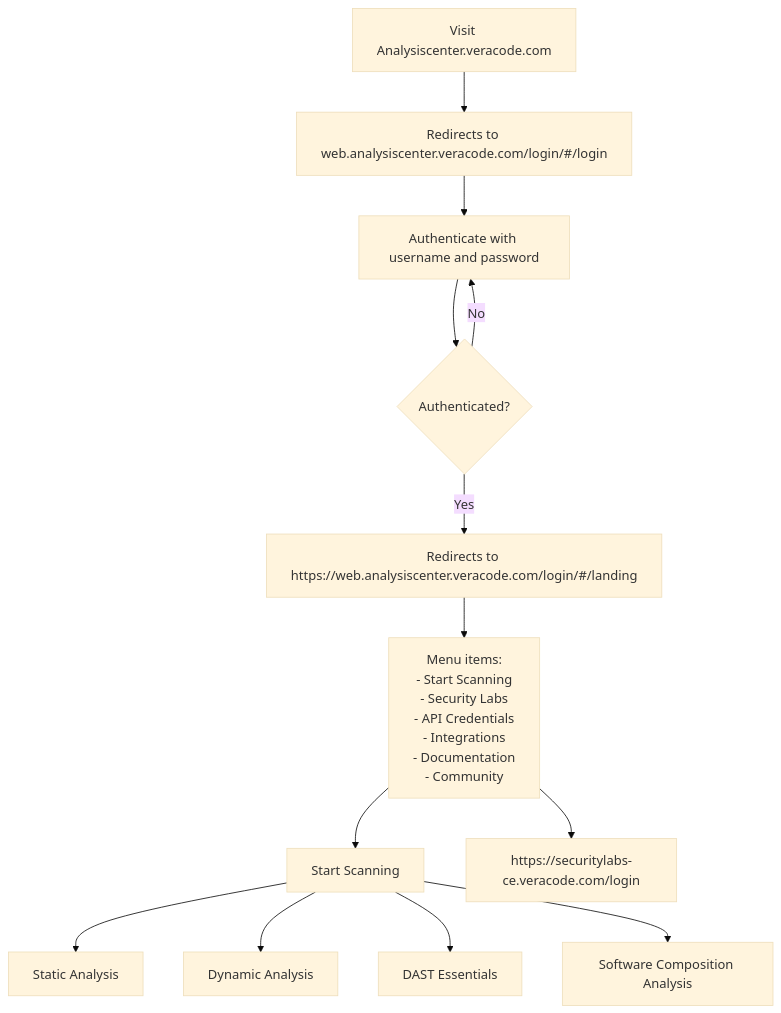
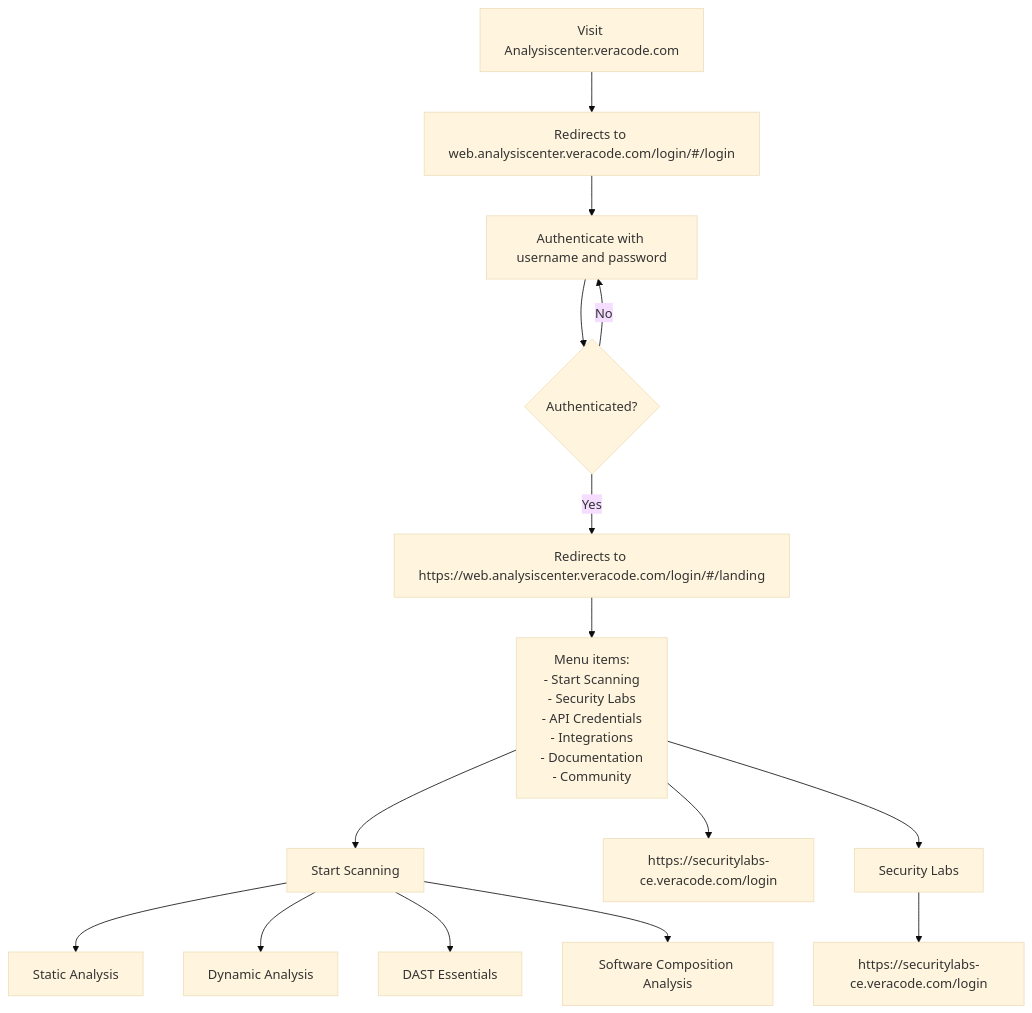
Before and after one commit to ramu318535/testforme: the diagram in README.md, drawn with Mermaid (base theme).

````diff
--- a/README.md
+++ b/README.md
@@ -1,15 +1,17 @@
 ```mermaid 
 graph TD;
     A[Visit Analysiscenter.veracode.com] --> B[Redirects to web.analysiscenter.veracode.com/login/#/login];
     B --> C[Authenticate with username and password];
     C --> D{Authenticated?};
     D -->|Yes| E[Redirects to https://web.analysiscenter.veracode.com/login/#/landing];
     D -->|No| C;
     E --> F[Menu items: <br> - Start Scanning <br> - Security Labs <br> - API Credentials <br> - Integrations <br> - Documentation <br> - Community];
     F --> G[Start Scanning];
     G --> H[Static Analysis];
     G --> I[Dynamic Analysis];
     G --> J[DAST Essentials];
     G --> K[Software Composition Analysis];
     F --> L[https://securitylabs-ce.veracode.com/login];
+    F --> M[Security Labs];
+    M --> N[https://securitylabs-ce.veracode.com/login];
 ```
````
